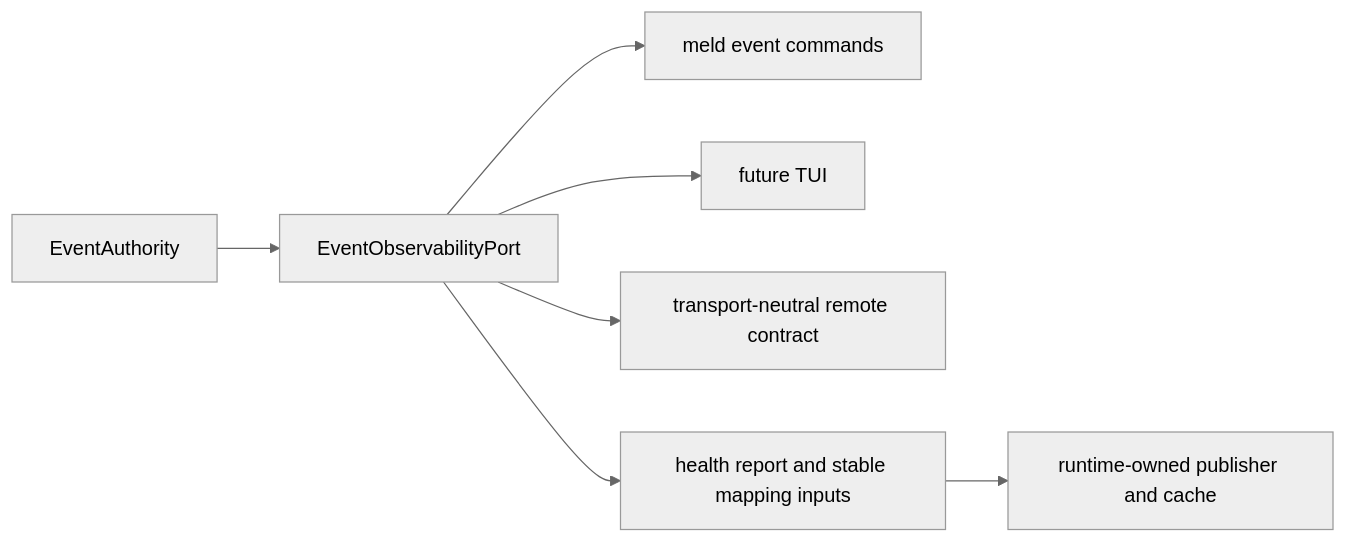
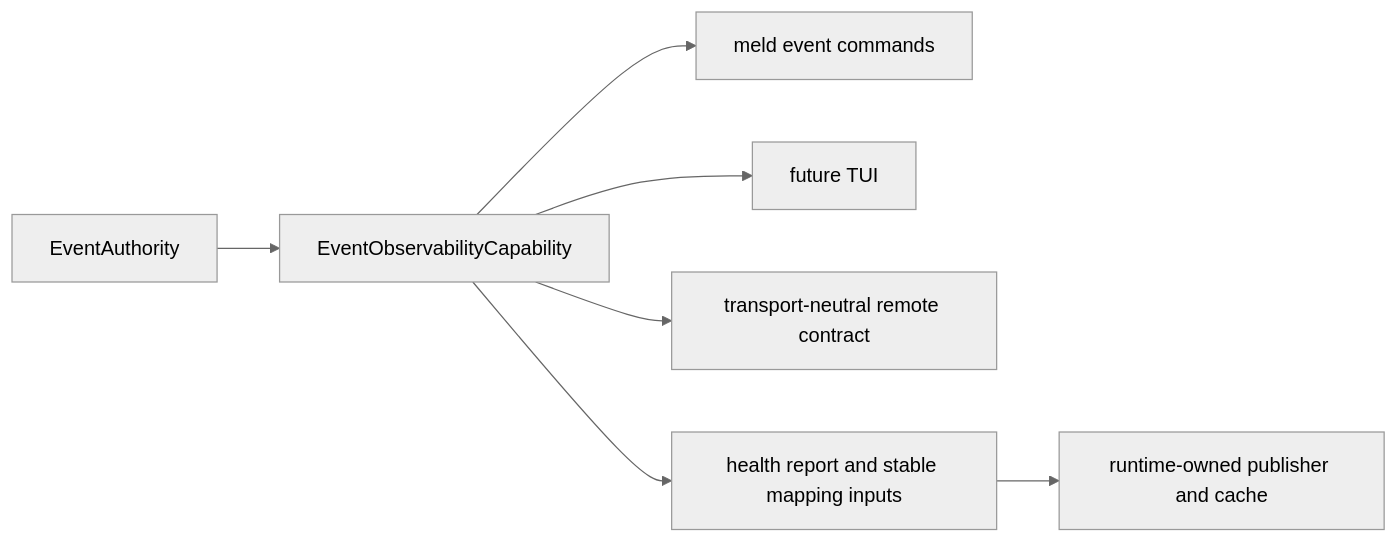
The diagram in design/plan/events/event_observability_design.md (JerkyTreats/meld), drawn with Mermaid (neutral theme) before and after one commit. The commit also changed other lines of this file and 9 other files, not shown here.

````diff
--- a/design/plan/events/event_observability_design.md
+++ b/design/plan/events/event_observability_design.md
@@ -29,9 +29,9 @@
 ```mermaid
 flowchart LR
-    Authority[EventAuthority] --> Port[EventObservabilityPort]
+    Authority[EventAuthority] --> Port[EventObservabilityCapability]
     Port --> CLI[meld event commands]
     Port --> TUI[future TUI]
     Port --> Remote[transport-neutral remote contract]
     Port --> Mapping[health report and stable mapping inputs]
     Mapping --> Runtime[runtime-owned publisher and cache]
 ```
````
